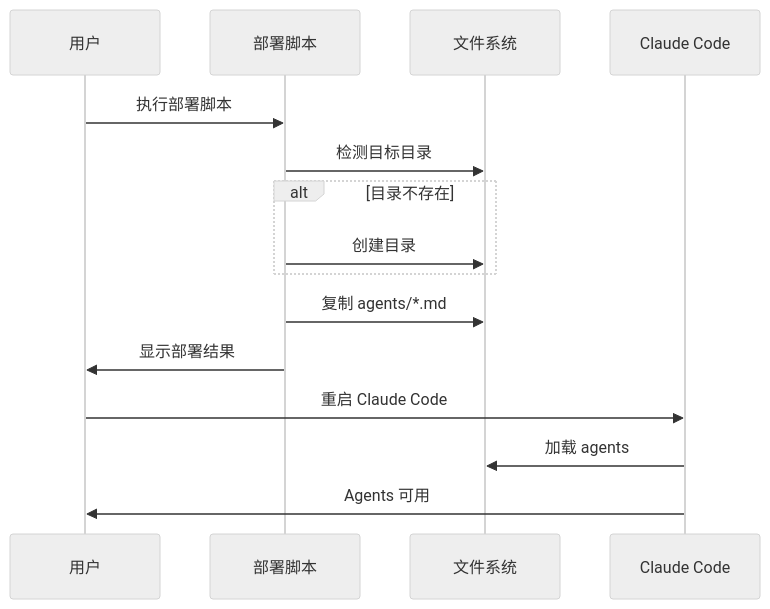
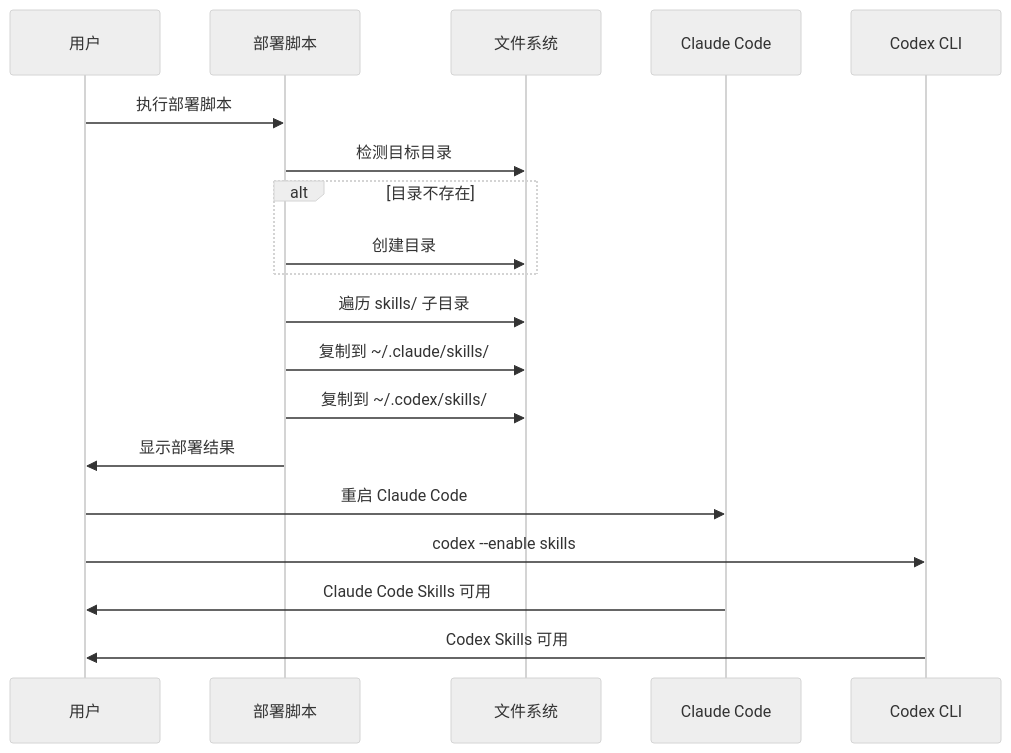
The third of 3 diagrams in README.md (JIA-ss/agents), drawn with Mermaid (neutral theme) before and after one commit. The commit also changed other lines of this file and 32 other files, not shown here.

````diff
--- a/README.md
+++ b/README.md
@@ -279,18 +192,22 @@
 ```mermaid
 sequenceDiagram
     participant U as 用户
     participant S as 部署脚本
     participant F as 文件系统
     participant C as Claude Code
+    participant X as Codex CLI
 
     U->>S: 执行部署脚本
     S->>F: 检测目标目录
     alt 目录不存在
         S->>F: 创建目录
     end
-    S->>F: 复制 agents/*.md
+    S->>F: 遍历 skills/ 子目录
+    S->>F: 复制到 ~/.claude/skills/
+    S->>F: 复制到 ~/.codex/skills/
     S->>U: 显示部署结果
     U->>C: 重启 Claude Code
-    C->>F: 加载 agents
-    C->>U: Agents 可用
+    U->>X: codex --enable skills
+    C->>U: Claude Code Skills 可用
+    X->>U: Codex Skills 可用
 ```
````
